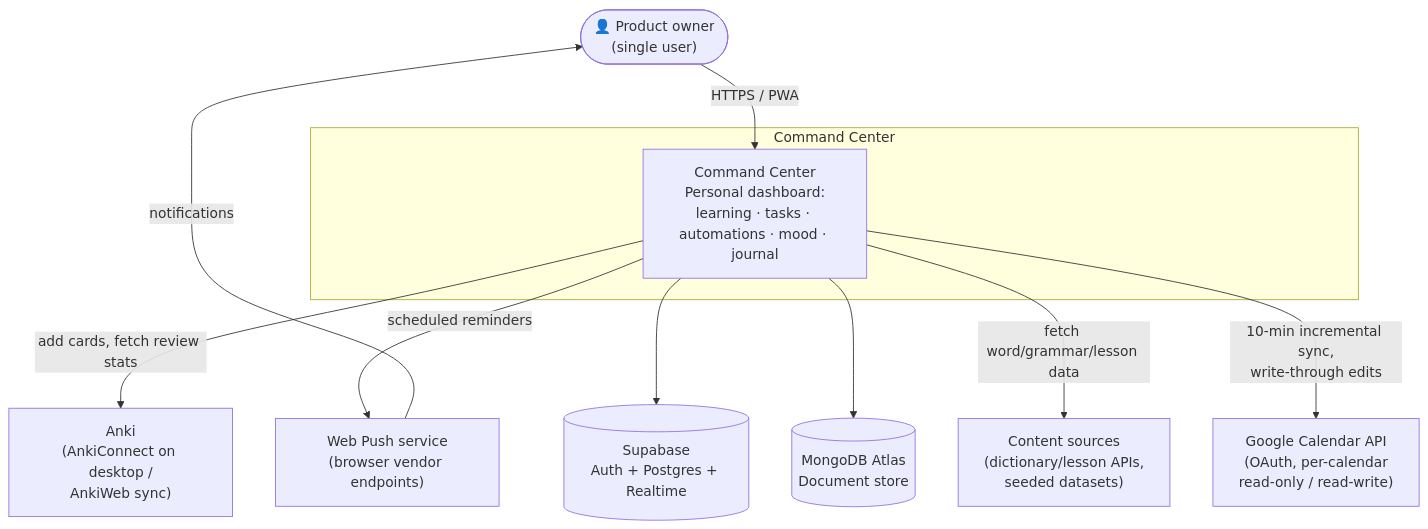
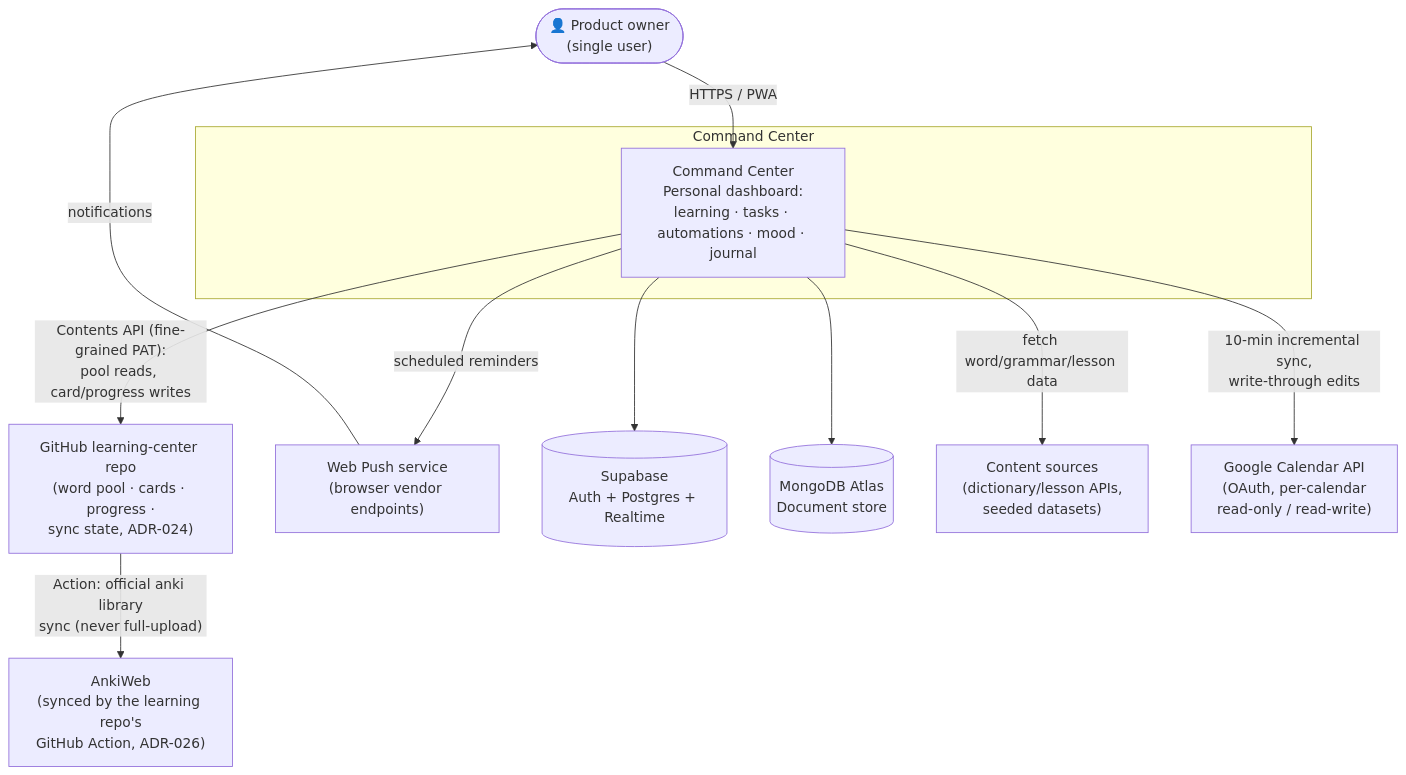
The first of 6 diagrams in docs/ARD.md (Auua/command-center), drawn with Mermaid before and after one commit. The commit also changed other lines of this file and 3 other files, not shown here.

First line of the commit message:
Docs: accept ADR-026 Anki sync + apply the owed ARD rewrite — AnkiConnect retired

````diff
--- a/docs/ARD.md
+++ b/docs/ARD.md
@@ -36,24 +36,26 @@
 ```mermaid
 flowchart TB
     user(["👤 Product owner<br/>(single user)"])
 
     subgraph cc ["Command Center"]
         system["Command Center<br/>Personal dashboard:<br/>learning · tasks · automations · mood · journal"]
     end
 
-    anki["Anki<br/>(AnkiConnect on desktop /<br/>AnkiWeb sync)"]
+    anki["AnkiWeb<br/>(synced by the learning repo's<br/>GitHub Action, ADR-026)"]
+    learnrepo["GitHub learning-center repo<br/>(word pool · cards · progress ·<br/>sync state, ADR-024)"]
     push["Web Push service<br/>(browser vendor endpoints)"]
     supabase[("Supabase<br/>Auth + Postgres + Realtime")]
     mongo[("MongoDB Atlas<br/>Document store")]
     content["Content sources<br/>(dictionary/lesson APIs,<br/>seeded datasets)"]
     gcal["Google Calendar API<br/>(OAuth, per-calendar<br/>read-only / read-write)"]
 
     user -->|"HTTPS / PWA"| system
-    system -->|"add cards, fetch review stats"| anki
+    system -->|"Contents API (fine-grained PAT):<br/>pool reads, card/progress writes"| learnrepo
+    learnrepo -->|"Action: official anki library<br/>sync (never full-upload)"| anki
     system -->|"scheduled reminders"| push
     push -->|"notifications"| user
     system --> supabase
     system --> mongo
     system -->|"fetch word/grammar/lesson data"| content
     system -->|"10-min incremental sync,<br/>write-through edits"| gcal
 ```
````
